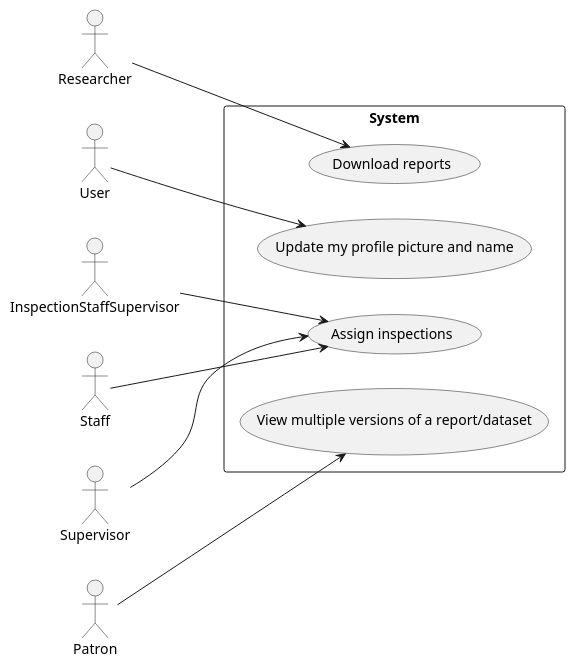
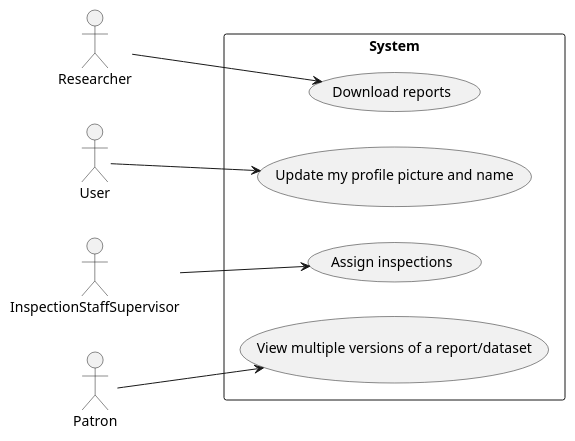
Before and after one commit to qamaruddin-qureshi/fyp-uml-diagram-generator: the diagram in user_stories/golden_puml/use_case/use_case_test_Original_Inspector_System.puml, drawn with PlantUML. The commit also changed 5 other files, not shown here.

```diff
--- a/user_stories/golden_puml/use_case/use_case_test_Original_Inspector_System.puml
+++ b/user_stories/golden_puml/use_case/use_case_test_Original_Inspector_System.puml
@@ -1,21 +1,17 @@
 @startuml
 left to right direction
 actor "Researcher" as Researcher
 actor "User" as User
 actor "InspectionStaffSupervisor" as InspectionStaffSupervisor
-actor "Staff" as Staff
-actor "Supervisor" as Supervisor
 actor "Patron" as Patron
 rectangle System {
 usecase "Download reports" as Downloadreports
 usecase "Update my profile picture and name" as Updatemyprofilepictureandname
 usecase "Assign inspections" as Assigninspections
 usecase "View multiple versions of a report/dataset" as Viewmultipleversionsofareportdataset
 }
 Researcher --> Downloadreports
 User --> Updatemyprofilepictureandname
 InspectionStaffSupervisor --> Assigninspections
-Staff --> Assigninspections
-Supervisor --> Assigninspections
 Patron --> Viewmultipleversionsofareportdataset
 @enduml
```
